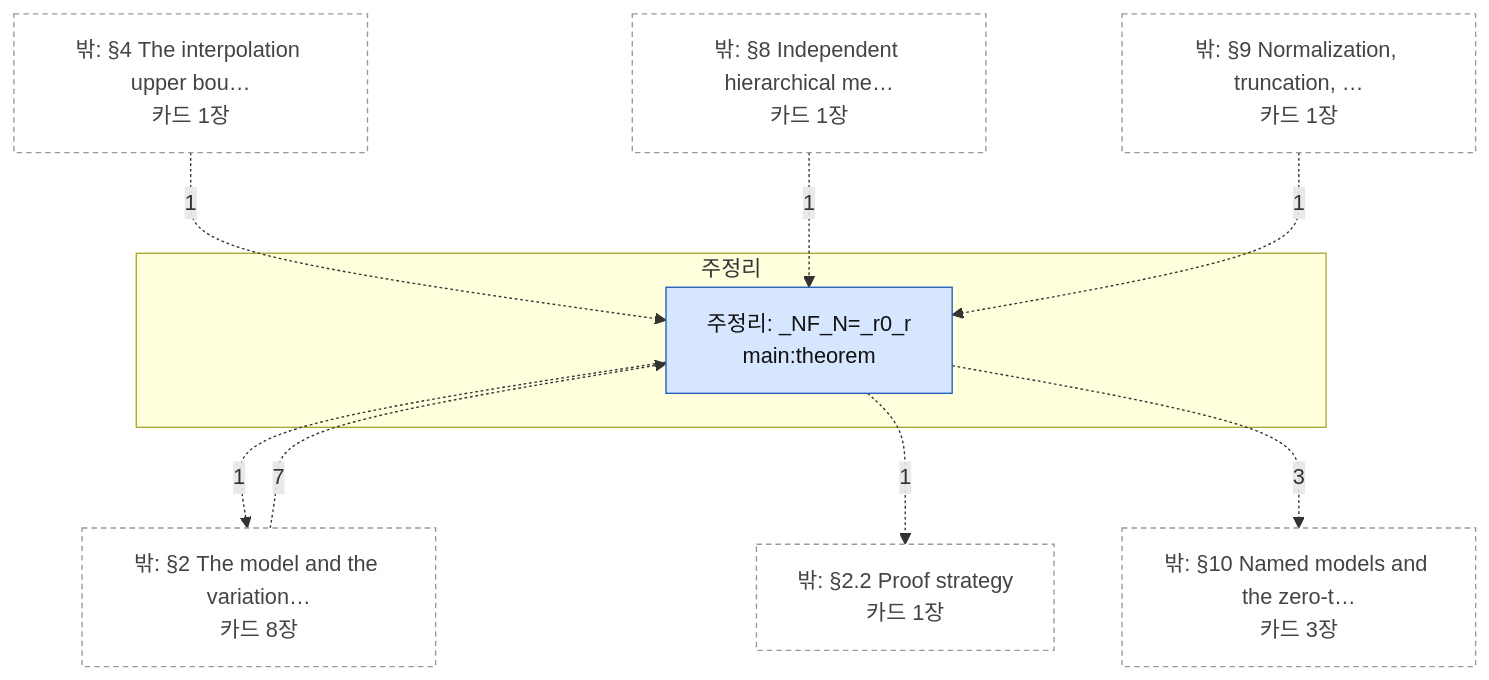
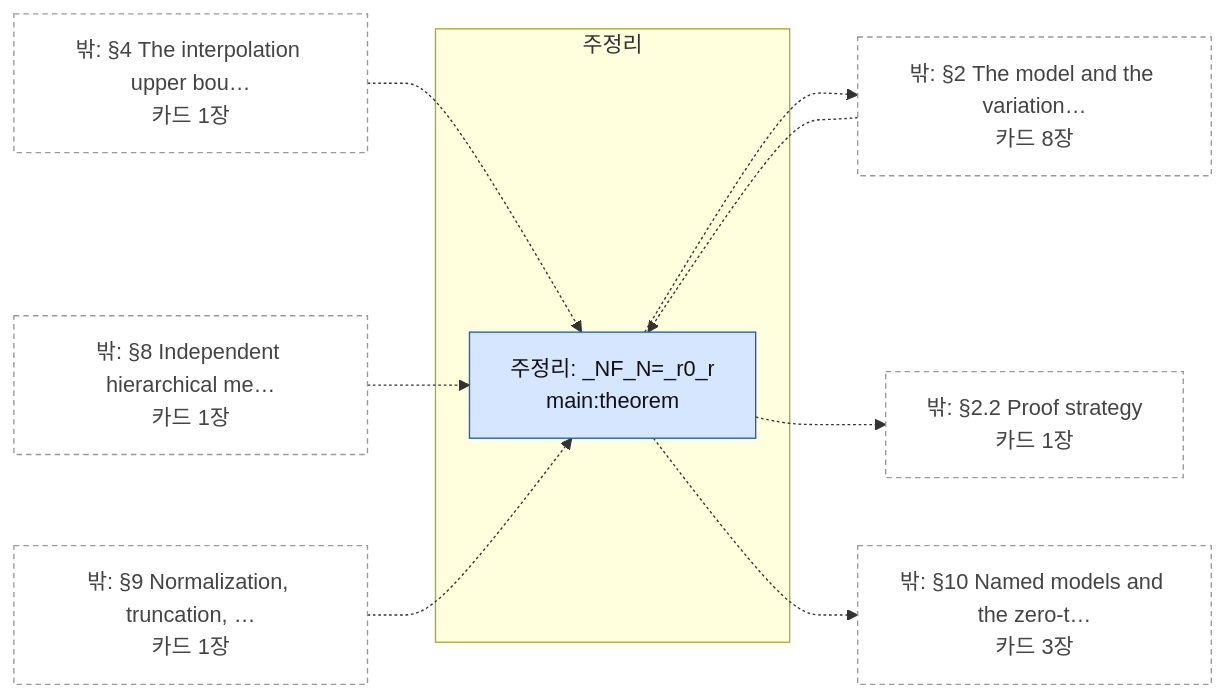
Before and after one commit to EuijinJeon/math2phys-site: the diagram in redesign/build/artifact/maps/sec-main.mmd, drawn with Mermaid. The commit also changed 60 other files, not shown here.

First line of the commit message:
redesign: 미검증 진행분 보존 (exact 판정 중단분: 카드 22장·용어집·규칙 표·SCHEMA, 도구 보강 중단분: build.py·지도·사이트)

```diff
--- a/redesign/build/artifact/maps/sec-main.mmd
+++ b/redesign/build/artifact/maps/sec-main.mmd
@@ -1,29 +1,29 @@
-flowchart TB
+flowchart LR
   subgraph IN["주정리"]
     a0["주정리: _NF_N=_r0_r<br/>main:theorem"]
   end
   X0["밖: §2 The model and the variation…<br/>카드 8장"]
   X1["밖: §2.2 Proof strategy<br/>카드 1장"]
   X2["밖: §4 The interpolation upper bou…<br/>카드 1장"]
   X3["밖: §8 Independent hierarchical me…<br/>카드 1장"]
   X4["밖: §9 Normalization, truncation, …<br/>카드 1장"]
   X5["밖: §10 Named models and the zero-t…<br/>카드 3장"]
-  X0 -.->|7| a0
-  a0 -.->|1| X0
-  a0 -.->|1| X1
-  X2 -.->|1| a0
-  X3 -.->|1| a0
-  X4 -.->|1| a0
-  a0 -.->|3| X5
+  X0 -.-> a0
+  a0 -.-> X0
+  a0 -.-> X1
+  X2 -.-> a0
+  X3 -.-> a0
+  X4 -.-> a0
+  a0 -.-> X5
   classDef thm fill:#d6e6ff,stroke:#1f5fbf,color:#111;
   classDef oth fill:#eef0f3,stroke:#8a8f98,color:#222;
   classDef ext fill:#fff,stroke:#999,stroke-dasharray:4 3,color:#444;
   class a0 thm;
   class X0,X1,X2,X3,X4,X5 ext;
   click a0 "cards/main.theorem.html"
   click X0 "map-model.html"
   click X1 "map-overview.html"
   click X2 "map-upper.html"
   click X3 "map-comparison.html"
   click X4 "map-reduction.html"
   click X5 "map-consequences.html"
```
